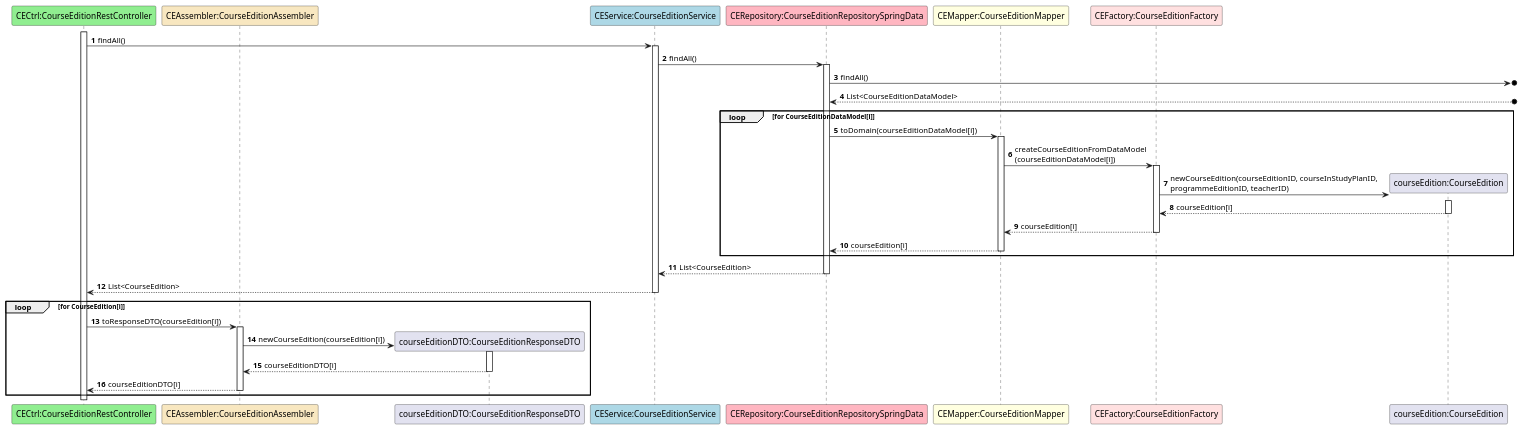
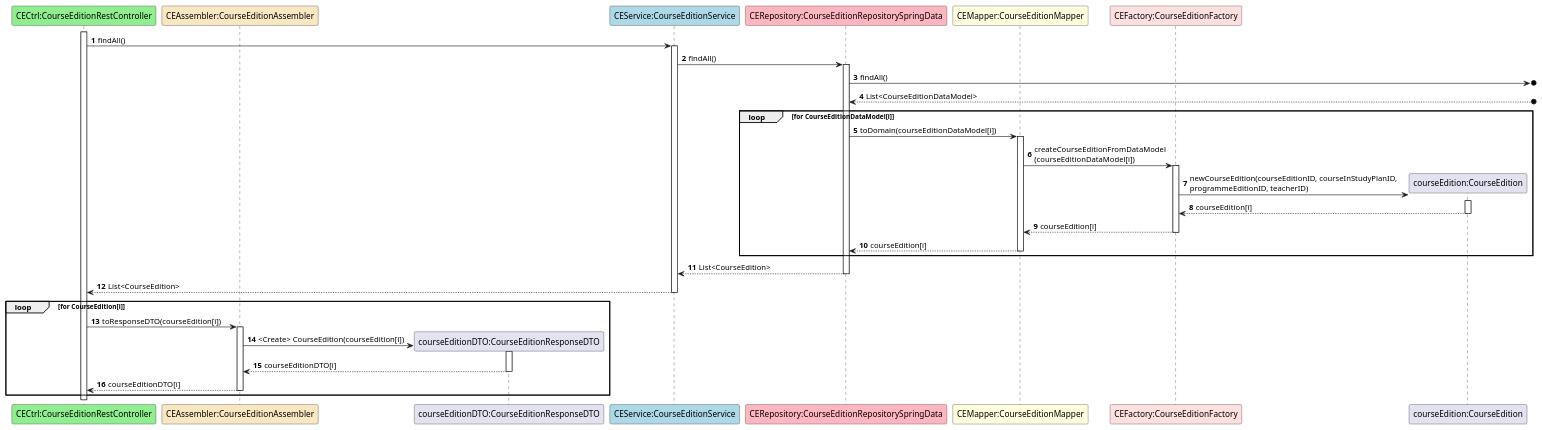
Before and after one commit to GasparISEP/DevOps-PAI: the diagram in docs/US36/ScenarioView/References/GetCourseEditionsList.puml, drawn with PlantUML. The commit also changed 3 other files, not shown here.

Commit message:
Refs #652, #658: Refactor of US36 diagrams for aesthethic purposes

```diff
--- a/docs/US36/ScenarioView/References/GetCourseEditionsList.puml
+++ b/docs/US36/ScenarioView/References/GetCourseEditionsList.puml
@@ -1,41 +1,41 @@
 @startuml
 
 autonumber
 
 participant "CECtrl:CourseEditionRestController" as ceC #lightgreen
 participant "CEAssembler:CourseEditionAssembler" as A #strategy
 participant "courseEditionDTO:CourseEditionResponseDTO" as DTO
 participant "CEService:CourseEditionService" as ceS #lightblue
 participant "CERepository:CourseEditionRepositorySpringData" as ceR #lightpink
 participant "CEMapper:CourseEditionMapper" as M #lightyellow
 participant "CEFactory:CourseEditionFactory" as F #implementation
 participant "courseEdition:CourseEdition" as ce
 
 activate ceC
 ceC -> ceS ++: findAll()
 ceS -> ceR ++: findAll()
 ceR ->o] :findAll()
 ceR <--o] : List<CourseEditionDataModel>
 
 loop for CourseEditionDataModel[i]
 ceR -> M ++: toDomain(courseEditionDataModel[i])
 M -> F ++: createCourseEditionFromDataModel\n(courseEditionDataModel[i])
 F -> ce**: newCourseEdition(courseEditionID, courseInStudyPlanID, \nprogrammeEditionID, teacherID)
 activate ce
 ce --> F --: courseEdition[i]
 F --> M --: courseEdition[i]
 M --> ceR --: courseEdition[i]
 end
 
 ceR --> ceS --: List<CourseEdition>
 ceS --> ceC --: List<CourseEdition>
 
 loop for CourseEdition[i]
 ceC -> A ++: toResponseDTO(courseEdition[i])
-A -> DTO**: newCourseEdition(courseEdition[i])
+A -> DTO**: <Create> CourseEdition(courseEdition[i])
 activate DTO
 DTO --> A --: courseEditionDTO[i]
 A --> ceC --: courseEditionDTO[i]
 end
 
 @enduml
```
